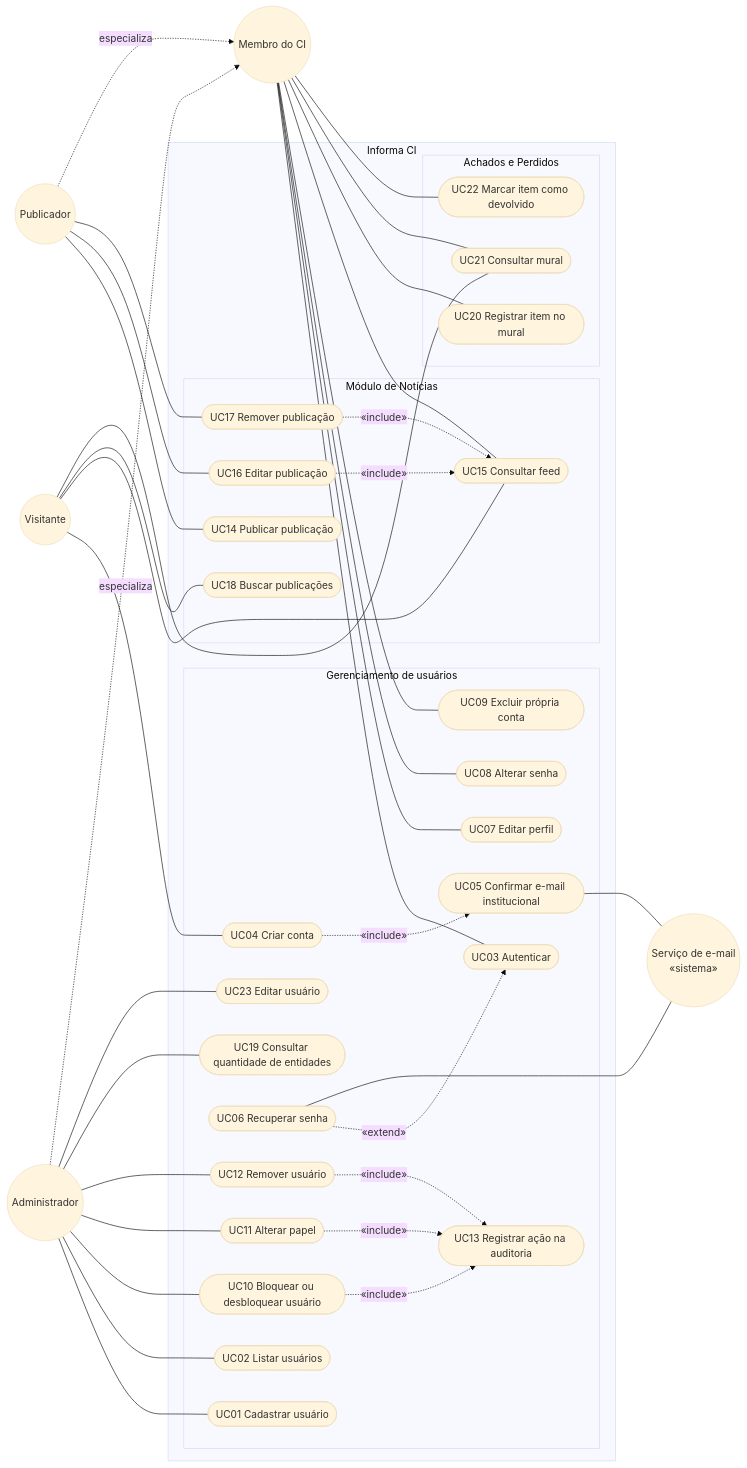
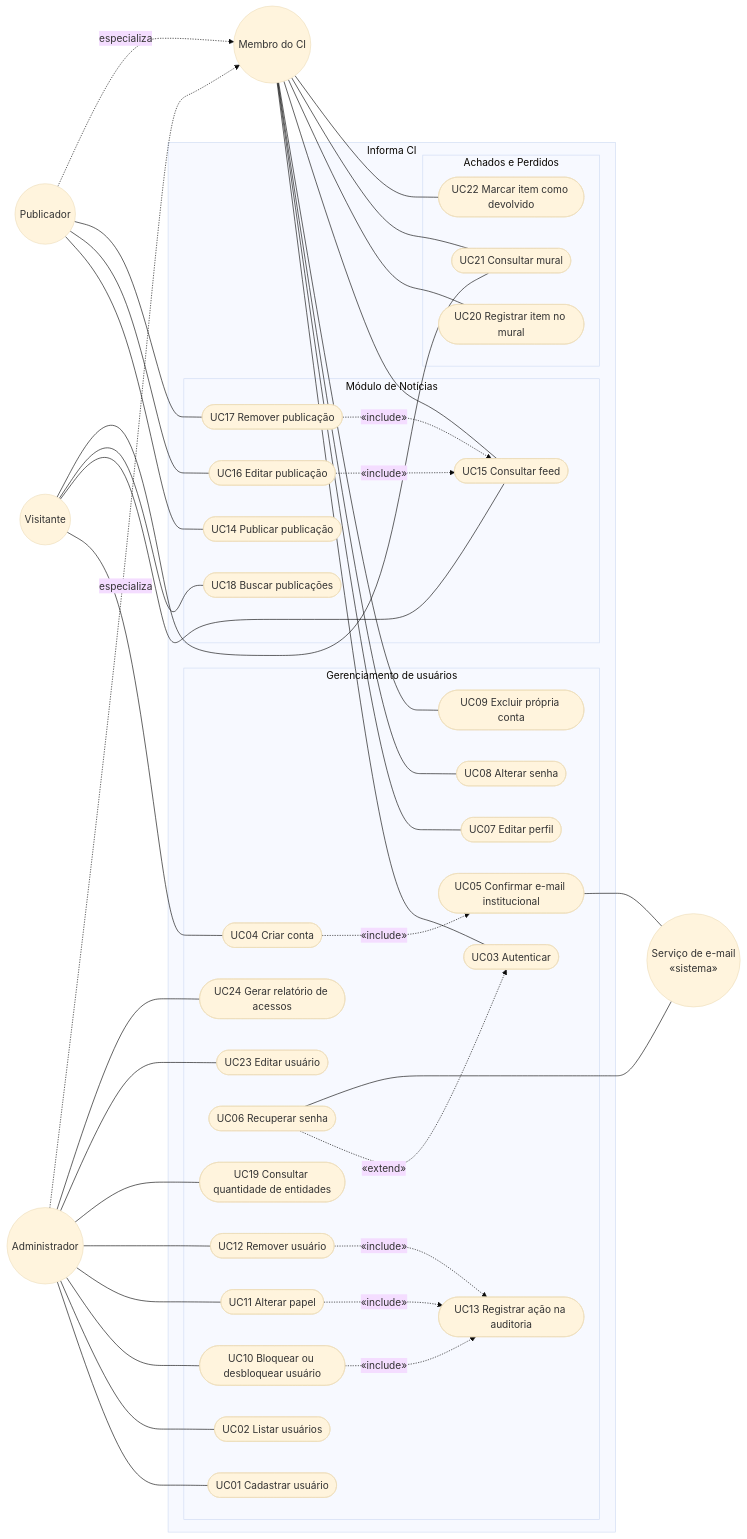
One commit to rodrigomfortes/informa-ci-mps changed the diagram in docs/04-casos-de-uso/README.md. Above: the diagram before and after it, drawn with Mermaid (base theme). The commit also changed other lines of this file and 8 other files, not shown here.

````diff
--- a/docs/04-casos-de-uso/README.md
+++ b/docs/04-casos-de-uso/README.md
@@ -12,75 +12,77 @@
 ```mermaid
 flowchart LR
     Visitante(("Visitante"))
     Membro(("Membro do CI"))
     Publicador(("Publicador"))
     Administrador(("Administrador"))
     Email(("Serviço de e-mail<br/>«sistema»"))
 
     subgraph InformaCI["Informa CI"]
         subgraph Usuarios["Gerenciamento de usuários"]
             UC01(["UC01 Cadastrar usuário"])
             UC02(["UC02 Listar usuários"])
             UC03(["UC03 Autenticar"])
             UC04(["UC04 Criar conta"])
             UC05(["UC05 Confirmar e-mail institucional"])
             UC06(["UC06 Recuperar senha"])
             UC07(["UC07 Editar perfil"])
             UC08(["UC08 Alterar senha"])
             UC09(["UC09 Excluir própria conta"])
             UC10(["UC10 Bloquear ou desbloquear usuário"])
             UC11(["UC11 Alterar papel"])
             UC12(["UC12 Remover usuário"])
             UC13(["UC13 Registrar ação na auditoria"])
             UC19(["UC19 Consultar quantidade de entidades"])
             UC23(["UC23 Editar usuário"])
+            UC24(["UC24 Gerar relatório de acessos"])
         end
         subgraph Noticias["Módulo de Notícias"]
             UC14(["UC14 Publicar publicação"])
             UC15(["UC15 Consultar feed"])
             UC16(["UC16 Editar publicação"])
             UC17(["UC17 Remover publicação"])
             UC18(["UC18 Buscar publicações"])
         end
         subgraph Achados["Achados e Perdidos"]
             UC20(["UC20 Registrar item no mural"])
             UC21(["UC21 Consultar mural"])
             UC22(["UC22 Marcar item como devolvido"])
         end
     end
 
     Visitante --- UC04
     Visitante --- UC15
     Visitante --- UC18
     Visitante --- UC21
     Membro --- UC03
     Membro --- UC07
     Membro --- UC08
     Membro --- UC09
     Membro --- UC15
     Membro --- UC20
     Membro --- UC21
     Membro --- UC22
     Publicador --- UC14
     Publicador --- UC16
     Publicador --- UC17
     Administrador --- UC01
     Administrador --- UC02
     Administrador --- UC10
     Administrador --- UC11
     Administrador --- UC12
     Administrador --- UC19
     Administrador --- UC23
+    Administrador --- UC24
     Publicador -. "especializa" .-> Membro
     Administrador -. "especializa" .-> Membro
 
     UC04 -. "«include»" .-> UC05
     UC06 -. "«extend»" .-> UC03
     UC10 -. "«include»" .-> UC13
     UC11 -. "«include»" .-> UC13
     UC12 -. "«include»" .-> UC13
     UC16 -. "«include»" .-> UC15
     UC17 -. "«include»" .-> UC15
     UC05 --- Email
     UC06 --- Email
 ```
````
